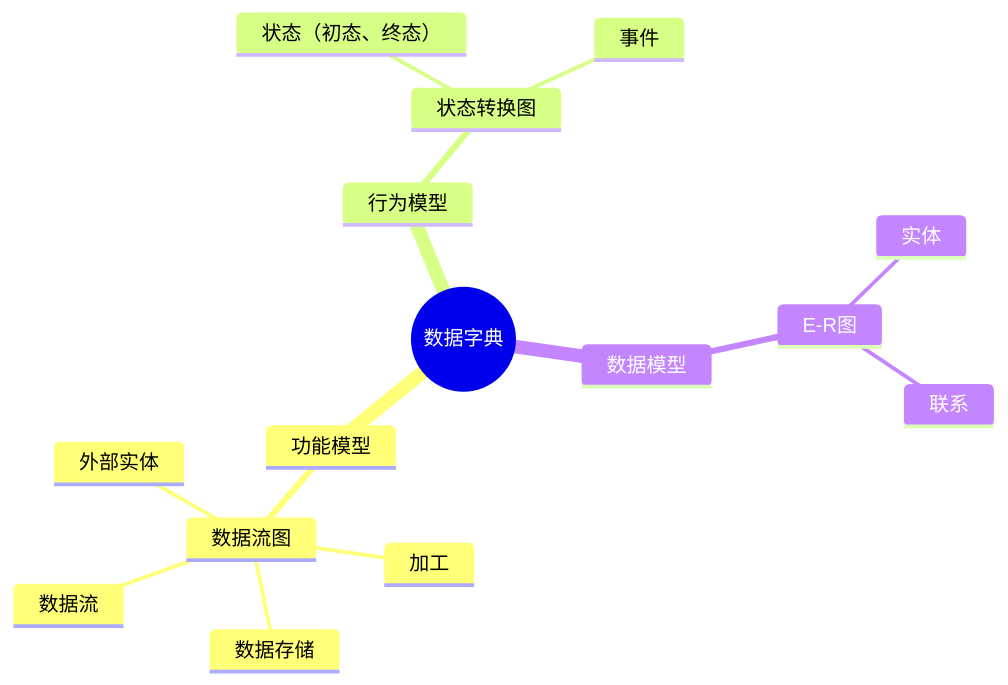
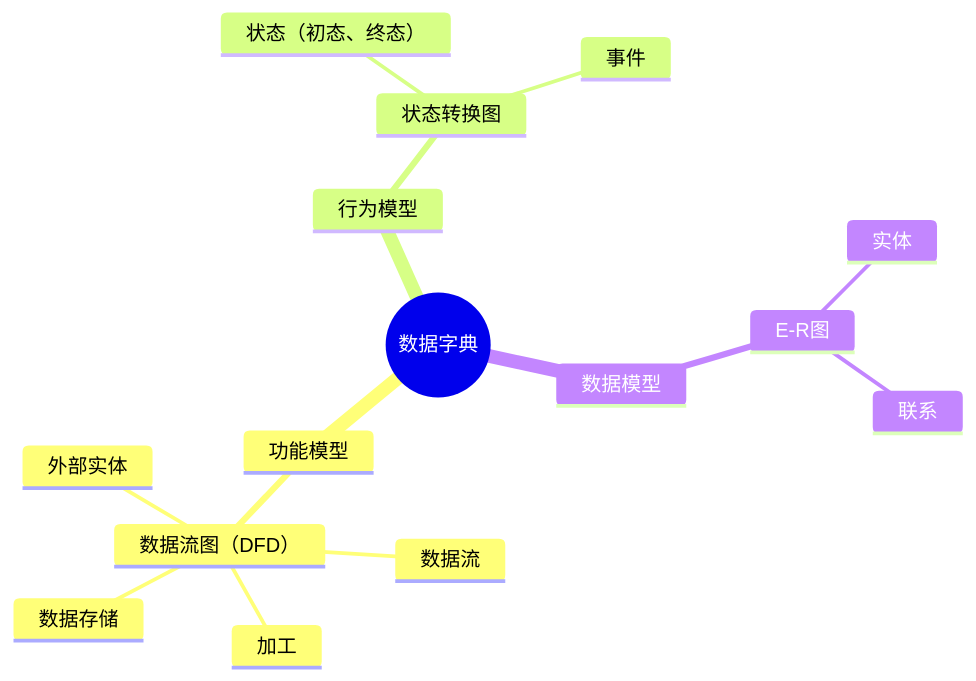
One commit to xiaotaonan/SystemArchitect changed the diagram in ruan-jian-gong-cheng/xu-qiu-gong-cheng.md. Above: the diagram before and after it, drawn with Mermaid.

Commit message:
GITBOOK-38: No subject

````diff
--- a/ruan-jian-gong-cheng/xu-qiu-gong-cheng.md
+++ b/ruan-jian-gong-cheng/xu-qiu-gong-cheng.md
@@ -63,20 +63,20 @@
 ```mermaid
 mindmap
   root((数据字典))
     功能模型
-      数据流图
+      数据流图（DFD）
         数据流
         加工
         数据存储
         外部实体
     行为模型
       状态转换图
         状态（初态、终态）
         事件
     数据模型
       E-R图
         实体
         联系
     
     
 ```
````
